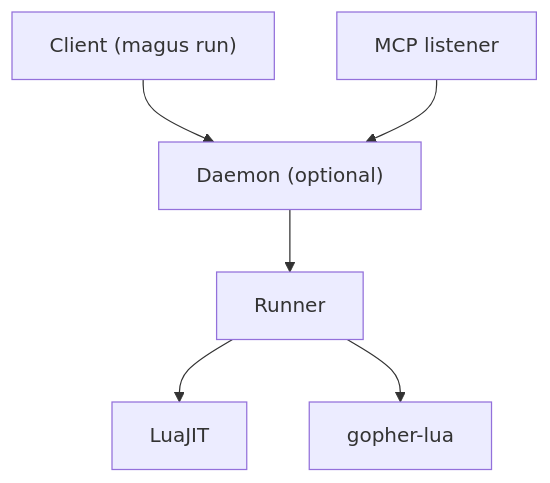
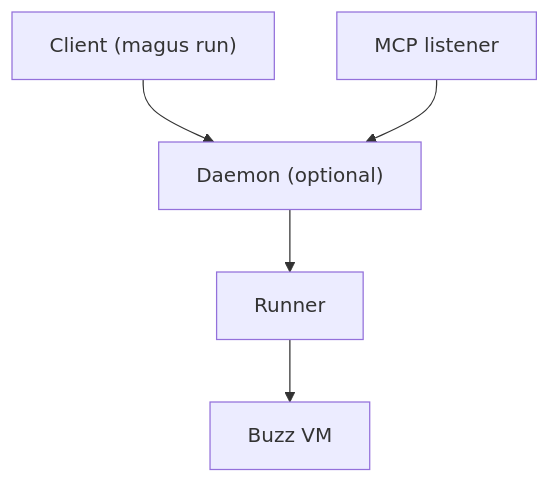
One commit to egladman/magus changed the third of 3 diagrams in README.md. Above: the diagram before and after it, drawn with Mermaid. The commit also changed other lines of this file and 304 other files, not shown here.

Commit message:
drop the lua/teal interpreter; buzz is the only magusfile language now

````diff
--- a/README.md
+++ b/README.md
@@ -313,15 +313,13 @@
 ```mermaid
 flowchart TD
     Cli["Client (magus run)"]
     Mcp["MCP listener"]
     Dmn["Daemon (optional)"]
     Rn["Runner"]
-    Lj["LuaJIT"]
-    Gl["gopher-lua"]
+    Bz["Buzz VM"]
 
     Cli --> Dmn
     Mcp --> Dmn
     Dmn --> Rn
-    Rn --> Lj
-    Rn --> Gl
+    Rn --> Bz
 ```
````
